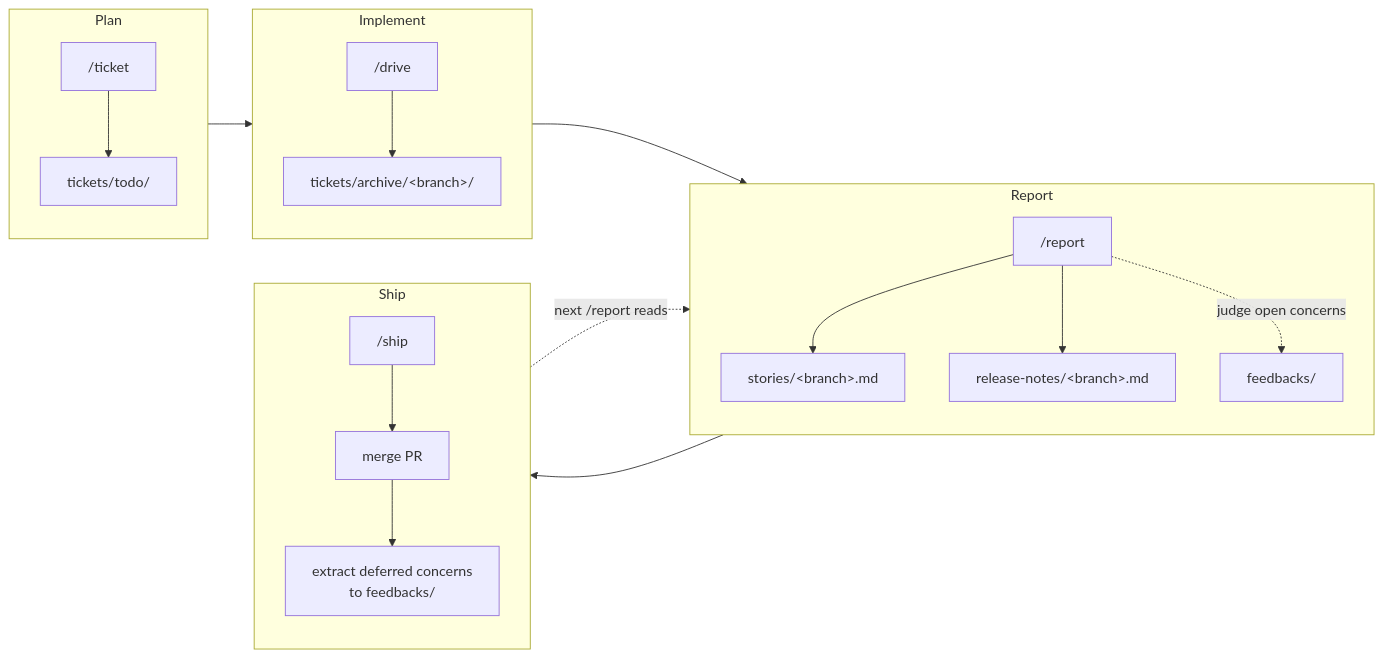
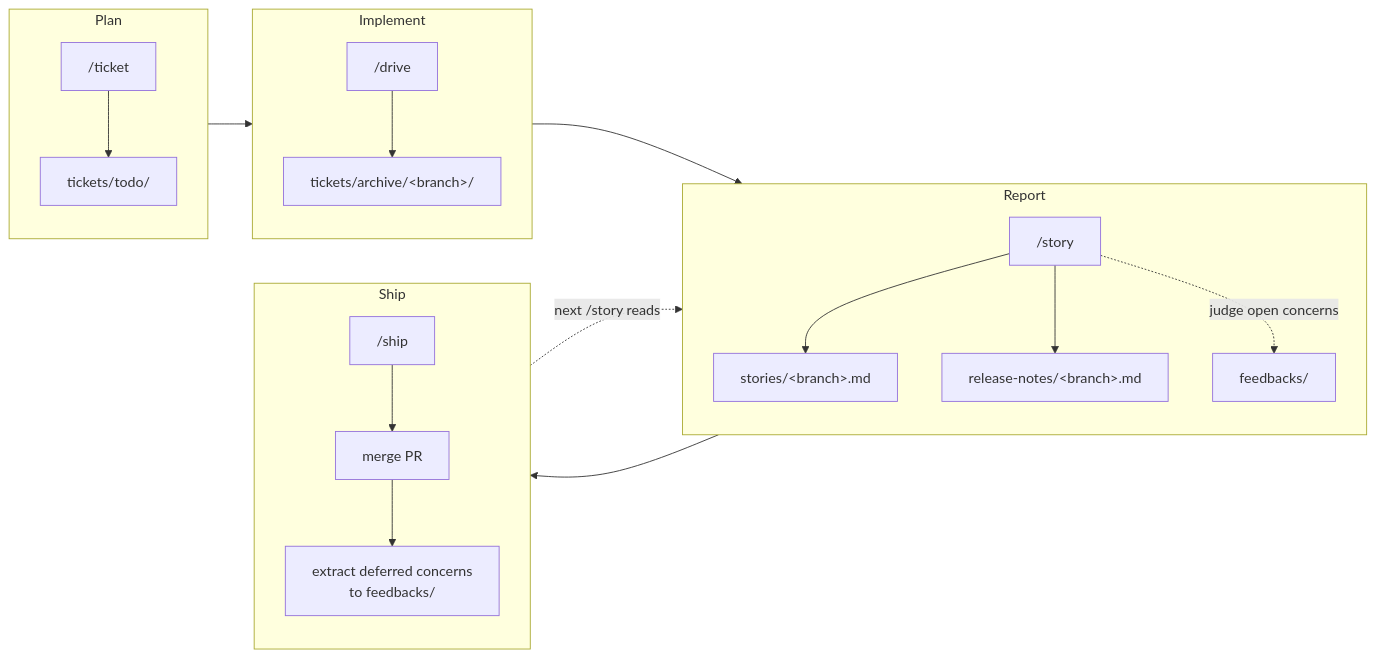
The fifth of 5 diagrams in README.md (qmu/workaholic), drawn with Mermaid before and after one commit. The commit also changed other lines of this file and 343 other files, not shown here.

````diff
--- a/README.md
+++ b/README.md
@@ -429,24 +429,24 @@
 ```mermaid
 flowchart LR
   subgraph plan[Plan]
     direction TB
     a1["/ticket"] --> a2["tickets/todo/"]
   end
   subgraph implement[Implement]
     direction TB
     b1["/drive"] --> b2["tickets/archive/&lt;branch&gt;/"]
   end
   subgraph report[Report]
     direction TB
-    c1["/report"] --> c2["stories/&lt;branch&gt;.md"]
+    c1["/story"] --> c2["stories/&lt;branch&gt;.md"]
     c1 --> c3["release-notes/&lt;branch&gt;.md"]
     c1 -.judge open concerns.-> c4["feedbacks/"]
   end
   subgraph ship[Ship]
     direction TB
     d1["/ship"] --> d2["merge PR"]
     d2 --> d3["extract deferred concerns<br/>to feedbacks/"]
   end
   plan --> implement --> report --> ship
-  d3 -."next /report reads".-> c1
+  d3 -."next /story reads".-> c1
 ```
````
